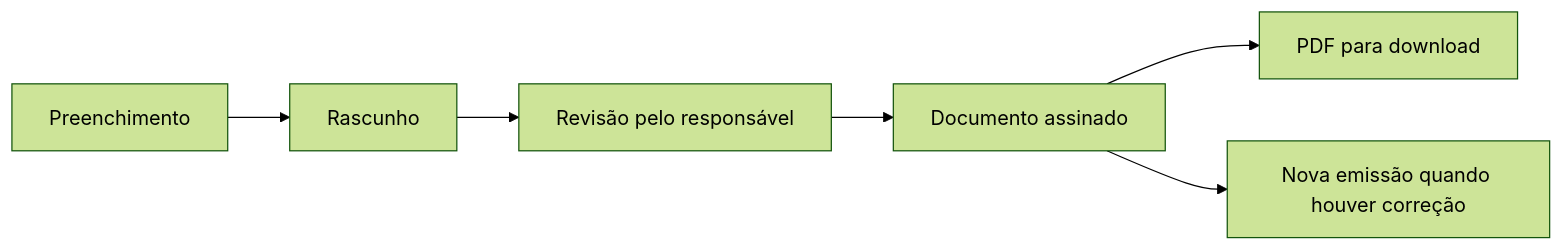
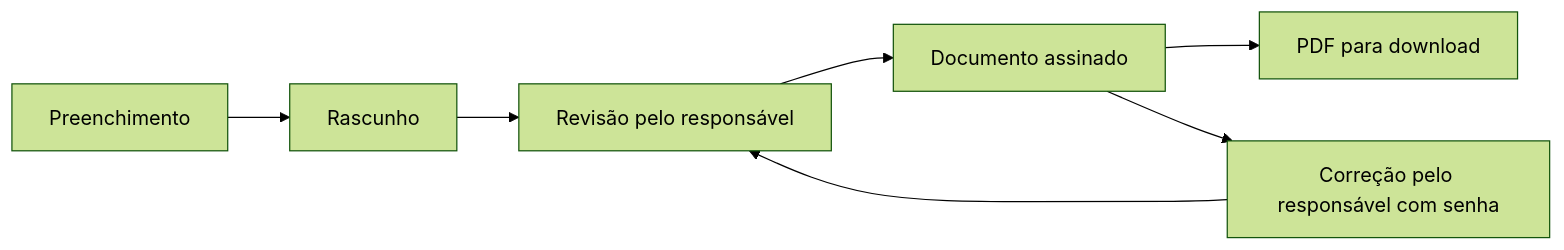
One commit to Lcsf-dev/odontosync-case-study changed the diagram in docs/como-funciona-o-sistema.md. Above: the diagram before and after it, drawn with Mermaid (forest theme). The commit also changed 4 other files, not shown here.

````diff
--- a/docs/como-funciona-o-sistema.md
+++ b/docs/como-funciona-o-sistema.md
@@ -38,8 +38,9 @@
 ```mermaid
 flowchart LR
     preenchimento["Preenchimento"] --> rascunho["Rascunho"]
     rascunho --> revisao["Revisão pelo responsável"]
     revisao --> assinatura["Documento assinado"]
     assinatura --> pdf["PDF para download"]
-    assinatura --> nova["Nova emissão quando houver correção"]
+    assinatura --> correcao["Correção pelo responsável com senha"]
+    correcao --> revisao
 ```
````
